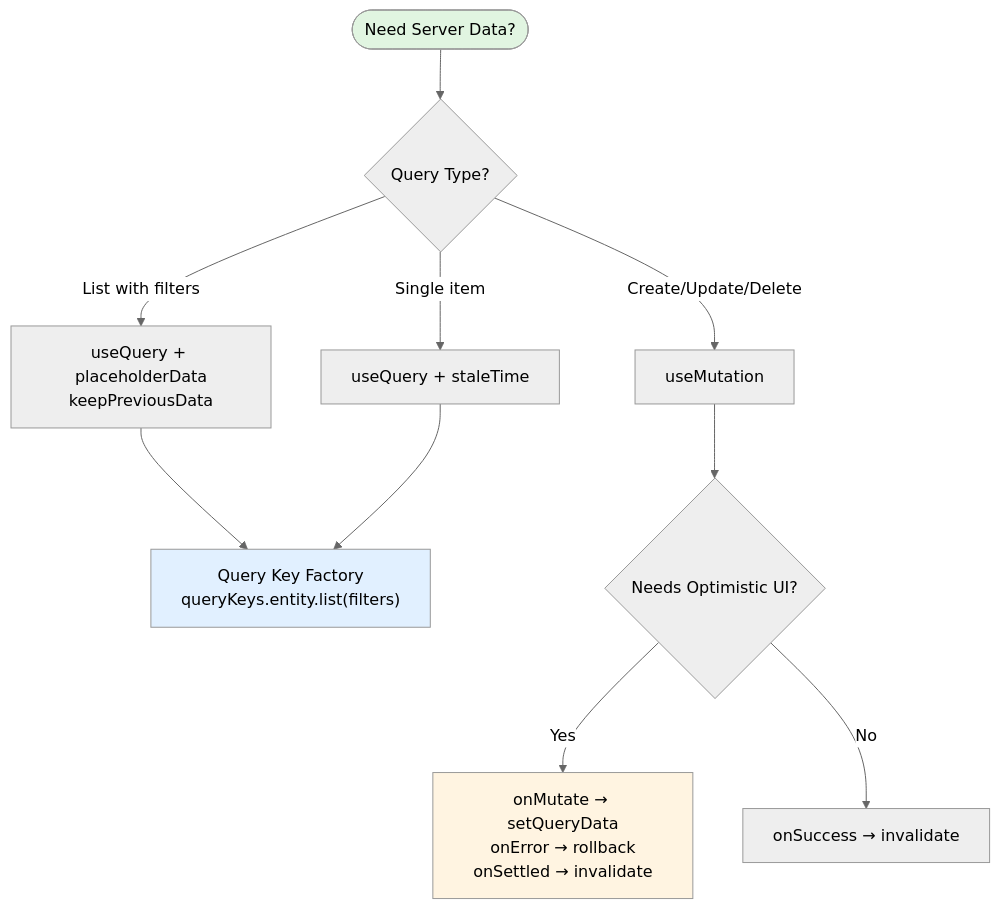
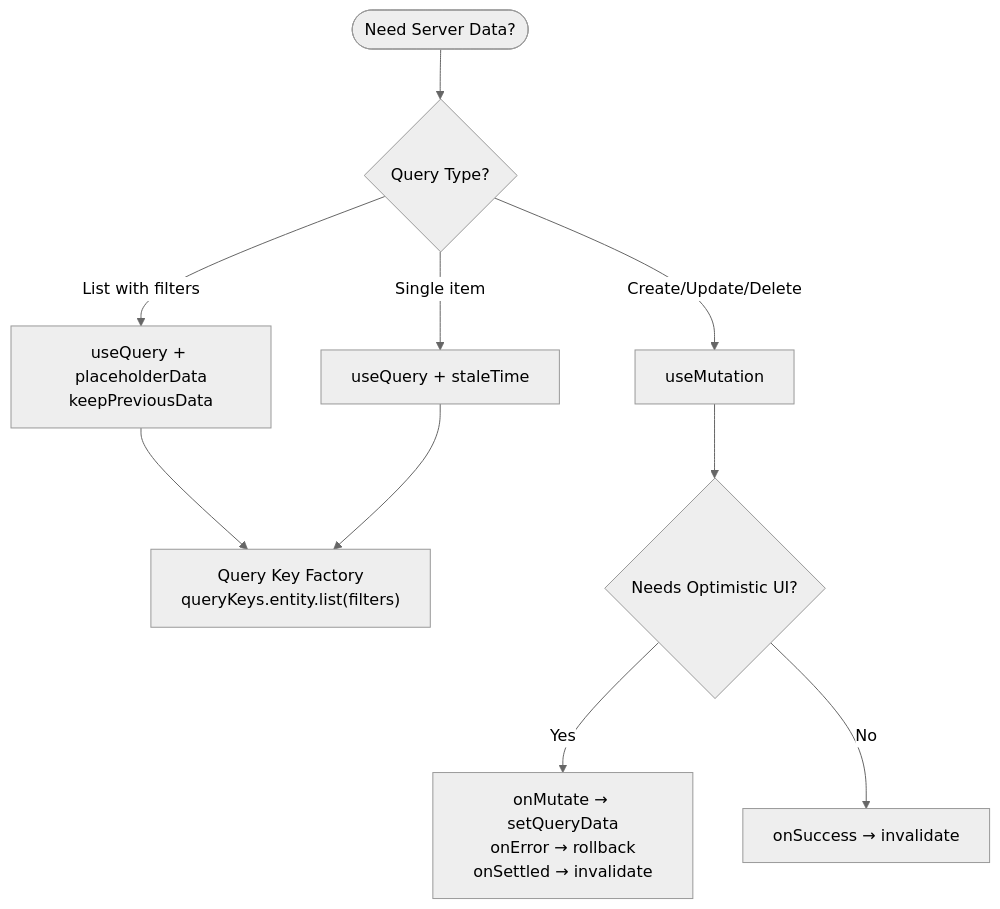
Before and after one commit to sovavibe/shared-ai-configs: the diagram in stacks/react/tanstack-query.mdc, drawn with Mermaid (neutral theme). The commit also changed other lines of this file and 40 other files, not shown here.

````diff
--- a/stacks/react/tanstack-query.mdc
+++ b/stacks/react/tanstack-query.mdc
@@ -105,18 +105,15 @@
 ```mermaid
 flowchart TD
     Start([Need Server Data?]) --> Type{Query Type?}
     Type -->|List with filters| List["useQuery + placeholderData<br/>keepPreviousData"]
     Type -->|Single item| Detail["useQuery + staleTime"]
     Type -->|Create/Update/Delete| Mut["useMutation"]
 
     List --> Keys["Query Key Factory<br/>queryKeys.entity.list(filters)"]
     Detail --> Keys
 
     Mut --> Opt{Needs Optimistic UI?}
     Opt -->|Yes| OptUp["onMutate → setQueryData<br/>onError → rollback<br/>onSettled → invalidate"]
     Opt -->|No| Simple["onSuccess → invalidate"]
 
-    style Start fill:#e1f5e1
-    style Keys fill:#e1f0ff
-    style OptUp fill:#fff4e1
 ```
````
